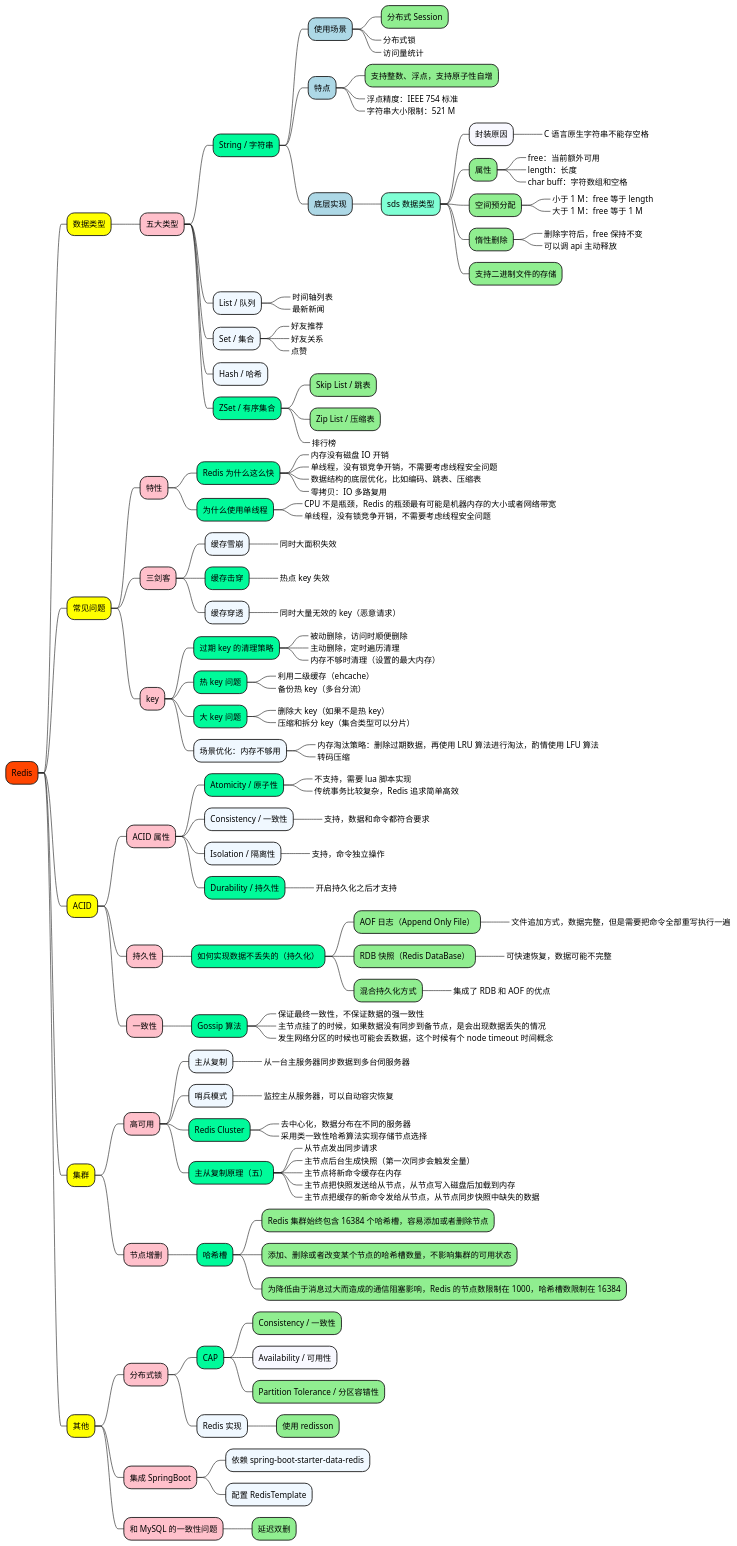
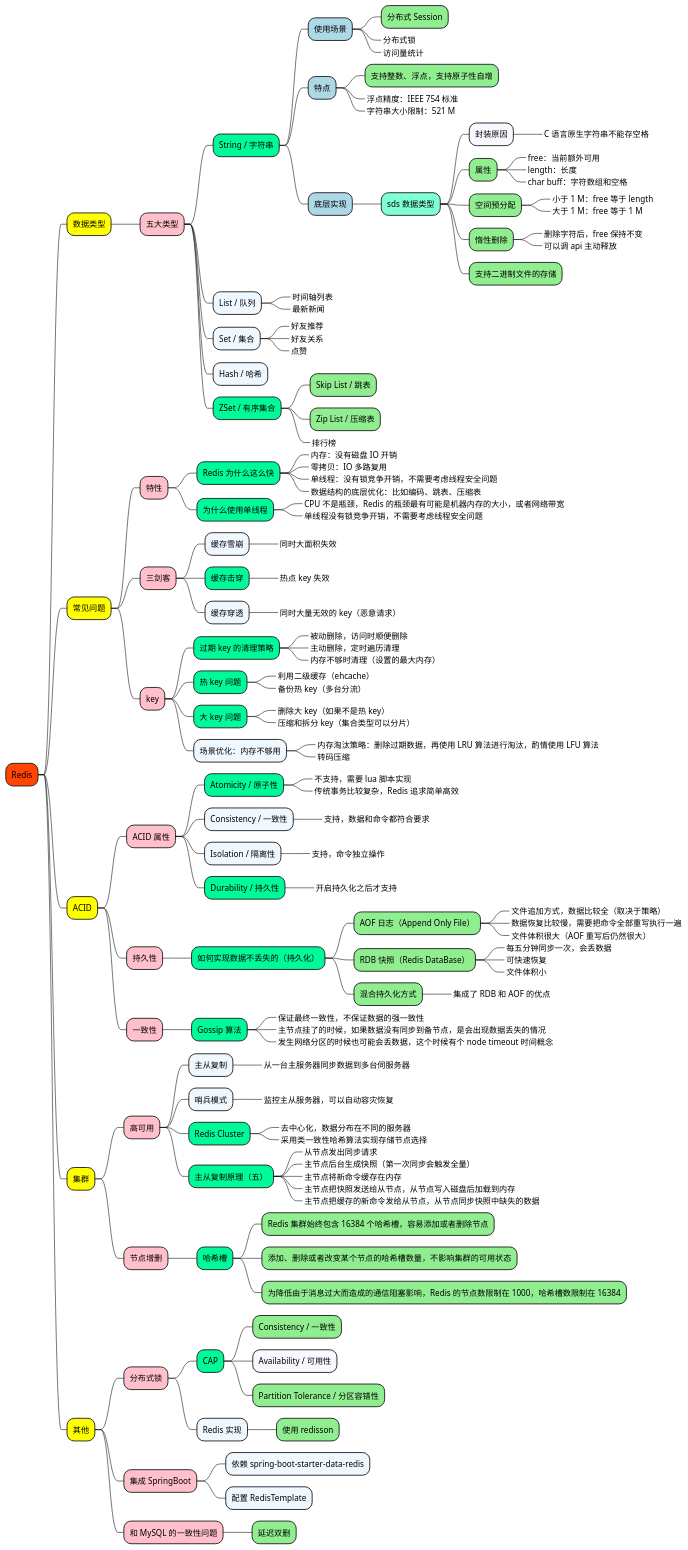
Before and after one commit to doveg/self-cultivation-of-a-software-engineer: the diagram in 1_map/middleware/Redis.puml, drawn with PlantUML. The commit also changed 19 other files, not shown here.

```diff
--- a/1_map/middleware/Redis.puml
+++ b/1_map/middleware/Redis.puml
@@ -1,167 +1,178 @@
 @startmindmap
 
 +[#OrangeRed] Redis
 
 ++[#yellow] 数据类型
 
 +++[#Pink] 五大类型
 ++++[#MediumSpringGreen] String / 字符串
 +++++[#LightBlue] 使用场景
 ++++++[#LightGreen] 分布式 Session
 ++++++[#GhostWhite]_ 分布式锁
 ++++++[#GhostWhite]_ 访问量统计
 
 +++++[#LightBlue] 特点
 ++++++[#LightGreen] 支持整数、浮点，支持原子性自增
 ++++++[#LightGreen]_ 浮点精度：IEEE 754 标准
 ++++++[#LightGreen]_ 字符串大小限制：521 M
 
 +++++[#LightBlue] 底层实现
 ++++++[#Aquamarine] sds 数据类型
 +++++++[#GhostWhite] 封装原因
 ++++++++[#LightGreen]_ C 语言原生字符串不能存空格
 +++++++[#LightGreen] 属性
 ++++++++[#LightGreen]_ free：当前额外可用
 ++++++++[#LightGreen]_ length：长度
 ++++++++[#LightGreen]_ char buff：字符数组和空格
 +++++++[#LightGreen] 空间预分配
 ++++++++[#LightGreen]_ 小于 1 M：free 等于 length
 ++++++++[#LightGreen]_ 大于 1 M：free 等于 1 M
 +++++++[#LightGreen] 惰性删除
 ++++++++[#LightGreen]_ 删除字符后，free 保持不变
 ++++++++[#LightGreen]_ 可以调 api 主动释放
 +++++++[#LightGreen] 支持二进制文件的存储
 
 ++++[#AliceBlue] List / 队列
 +++++[#GhostWhite]_ 时间轴列表
 +++++[#GhostWhite]_ 最新新闻
 
 ++++[#AliceBlue] Set / 集合
 +++++[#GhostWhite]_ 好友推荐
 +++++[#GhostWhite]_ 好友关系
 +++++[#GhostWhite]_ 点赞
 
 ++++[#AliceBlue] Hash / 哈希
 
 ++++[#MediumSpringGreen] ZSet / 有序集合
 +++++[#LightGreen] Skip List / 跳表
 +++++[#LightGreen] Zip List / 压缩表
 +++++[#GhostWhite]_ 排行榜
 
 
 ++[#yellow] 常见问题
 
 +++[#Pink] 特性
 ++++[#MediumSpringGreen] Redis 为什么这么快
-+++++[#MediumSpringGreen]_ 内存没有磁盘 IO 开销
-+++++[#MediumSpringGreen]_ 单线程，没有锁竞争开销，不需要考虑线程安全问题
-+++++[#MediumSpringGreen]_ 数据结构的底层优化，比如编码、跳表、压缩表
++++++[#MediumSpringGreen]_ 内存：没有磁盘 IO 开销
 +++++[#MediumSpringGreen]_ 零拷贝：IO 多路复用
++++++[#MediumSpringGreen]_ 单线程：没有锁竞争开销，不需要考虑线程安全问题
++++++[#MediumSpringGreen]_ 数据结构的底层优化：比如编码、跳表、压缩表
 
 ++++[#MediumSpringGreen] 为什么使用单线程
-+++++[#AliceBlue]_ CPU 不是瓶颈，Redis 的瓶颈最有可能是机器内存的大小或者网络带宽
-+++++[#AliceBlue]_ 单线程，没有锁竞争开销，不需要考虑线程安全问题
++++++[#AliceBlue]_ CPU 不是瓶颈，Redis 的瓶颈最有可能是机器内存的大小，或者网络带宽
++++++[#AliceBlue]_ 单线程没有锁竞争开销，不需要考虑线程安全问题
 
 +++[#Pink] 三剑客
 ++++[#AliceBlue] 缓存雪崩
 +++++[#AliceBlue]_ 同时大面积失效
 ++++[#MediumSpringGreen] 缓存击穿
 +++++[#MediumSpringGreen]_ 热点 key 失效
 ++++[#AliceBlue] 缓存穿透
 +++++[#AliceBlue]_ 同时大量无效的 key（恶意请求）
 
 +++[#Pink] key
 ++++[#MediumSpringGreen] 过期 key 的清理策略
 +++++[#MediumSpringGreen]_ 被动删除，访问时顺便删除
 +++++[#MediumSpringGreen]_ 主动删除，定时遍历清理
 +++++[#MediumSpringGreen]_ 内存不够时清理（设置的最大内存）
 
 ++++[#MediumSpringGreen] 热 key 问题
 +++++[#MediumSpringGreen]_ 利用二级缓存（ehcache）
 +++++[#MediumSpringGreen]_ 备份热 key（多台分流）
 
 ++++[#MediumSpringGreen] 大 key 问题
 +++++[#MediumSpringGreen]_ 删除大 key（如果不是热 key）
 +++++[#MediumSpringGreen]_ 压缩和拆分 key（集合类型可以分片）
 
 ++++[#AliceBlue] 场景优化：内存不够用
 +++++[#MediumSpringGreen]_ 内存淘汰策略：删除过期数据，再使用 LRU 算法进行淘汰，酌情使用 LFU 算法
 +++++[#MediumSpringGreen]_ 转码压缩
 
 
 ++[#yellow] ACID
 
 +++[#Pink] ACID 属性
 ++++[#MediumSpringGreen] Atomicity / 原子性
 +++++[#AliceBlue]_ 不支持，需要 lua 脚本实现
 +++++[#AliceBlue]_ 传统事务比较复杂，Redis 追求简单高效
 ++++[#AliceBlue] Consistency / 一致性
 +++++[#AliceBlue]_ 支持，数据和命令都符合要求
 ++++[#AliceBlue] Isolation / 隔离性
 +++++[#AliceBlue]_ 支持，命令独立操作
 ++++[#MediumSpringGreen] Durability / 持久性
 +++++[#AliceBlue]_ 开启持久化之后才支持
 
 +++[#Pink] 持久性
 ++++[#MediumSpringGreen] 如何实现数据不丢失的（持久化）
+
 +++++[#LightGreen] AOF 日志（Append Only File）
-++++++[#AliceBlue]_ 文件追加方式，数据完整，但是需要把命令全部重写执行一遍
+++++++[#AliceBlue]_ 文件追加方式，数据比较全（取决于策略）
+++++++[#AliceBlue]_ 数据恢复比较慢，需要把命令全部重写执行一遍
+++++++[#AliceBlue]_ 文件体积很大（AOF 重写后仍然很大）
+
 +++++[#LightGreen] RDB 快照（Redis DataBase）
-++++++[#AliceBlue]_ 可快速恢复，数据可能不完整
+++++++[#AliceBlue]_ 每五分钟同步一次，会丢数据
+++++++[#AliceBlue]_ 可快速恢复
+++++++[#AliceBlue]_ 文件体积小
 +++++[#LightGreen] 混合持久化方式
+
 ++++++[#AliceBlue]_ 集成了 RDB 和 AOF 的优点
+
 
 +++[#Pink] 一致性
 ++++[#MediumSpringGreen] Gossip 算法
 +++++[#LightGreen]_ 保证最终一致性，不保证数据的强一致性
 +++++[#LightGreen]_ 主节点挂了的时候，如果数据没有同步到备节点，是会出现数据丢失的情况
 +++++[#LightGreen]_ 发生网络分区的时候也可能会丢数据，这个时候有个 node timeout 时间概念
 
 
 ++[#yellow] 集群
 
 +++[#Pink] 高可用
 ++++[#AliceBlue] 主从复制
 +++++[#AliceBlue]_ 从一台主服务器同步数据到多台伺服务器
 ++++[#AliceBlue] 哨兵模式
 +++++[#AliceBlue]_ 监控主从服务器，可以自动容灾恢复
 ++++[#MediumSpringGreen] Redis Cluster
 +++++[#AliceBlue]_ 去中心化，数据分布在不同的服务器
 +++++[#AliceBlue]_ 采用类一致性哈希算法实现存储节点选择
 
 ++++[#MediumSpringGreen] 主从复制原理（五）
 +++++[#LightGreen]_ 从节点发出同步请求
 +++++[#LightGreen]_ 主节点后台生成快照（第一次同步会触发全量）
 +++++[#LightGreen]_ 主节点将新命令缓存在内存
 +++++[#LightGreen]_ 主节点把快照发送给从节点，从节点写入磁盘后加载到内存
 +++++[#LightGreen]_ 主节点把缓存的新命令发给从节点，从节点同步快照中缺失的数据
 
 +++[#Pink] 节点增删
 
 ++++[#MediumSpringGreen] 哈希槽
 +++++[#LightGreen] Redis 集群始终包含 16384 个哈希槽，容易添加或者删除节点
 +++++[#LightGreen] 添加、删除或者改变某个节点的哈希槽数量，不影响集群的可用状态
 +++++[#LightGreen] 为降低由于消息过大而造成的通信阻塞影响，Redis 的节点数限制在 1000，哈希槽数限制在 16384
 
 
 ++[#yellow] 其他
 
 +++[#Pink] 分布式锁
 
 ++++[#MediumSpringGreen] CAP
 +++++[#LightGreen] Consistency / 一致性
 +++++[#GhostWhite] Availability / 可用性
 +++++[#LightGreen] Partition Tolerance / 分区容错性
 
 ++++[#AliceBlue] Redis 实现
 +++++[#LightGreen] 使用 redisson
 
 +++[#Pink] 集成 SpringBoot
 ++++[#AliceBlue] 依赖 spring-boot-starter-data-redis
 ++++[#AliceBlue] 配置 RedisTemplate
 
 +++[#Pink] 和 MySQL 的一致性问题
 ++++[#LightGreen] 延迟双删
 
 
+'https://www.cnblogs.com/qdhxhz/p/15684650.html
+
+
 @endmindmap
```
